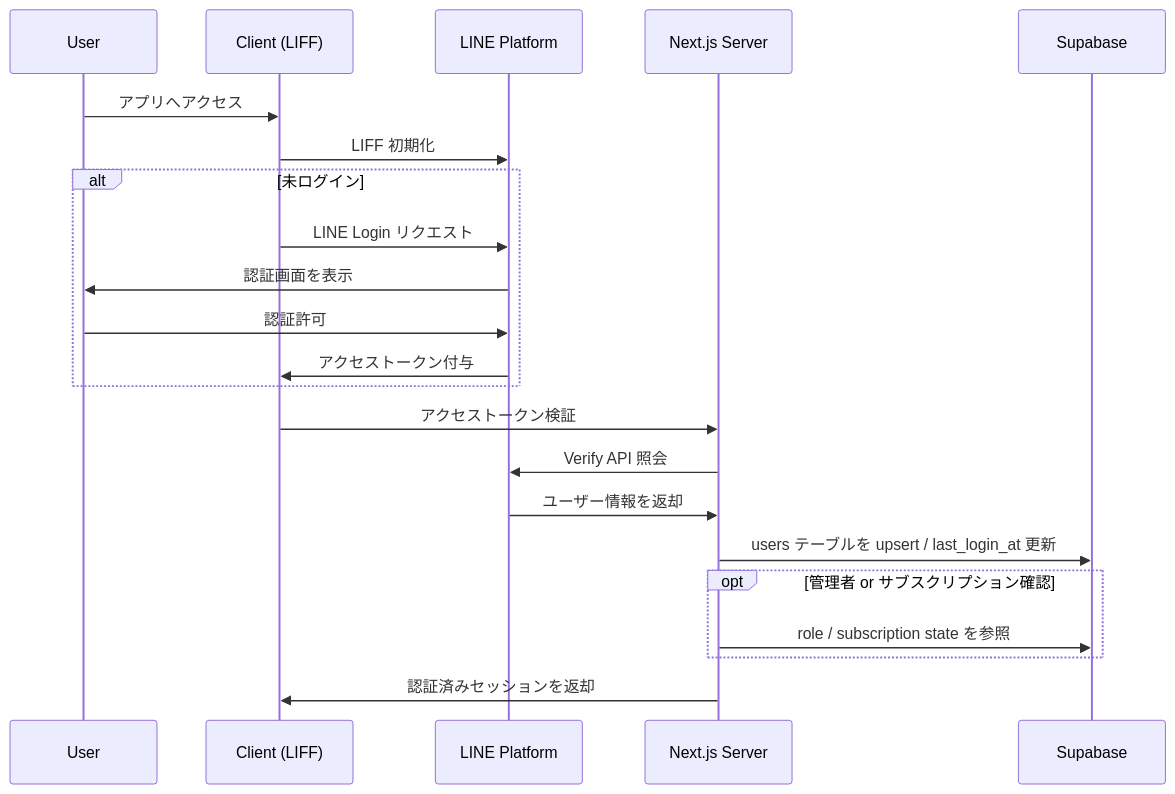
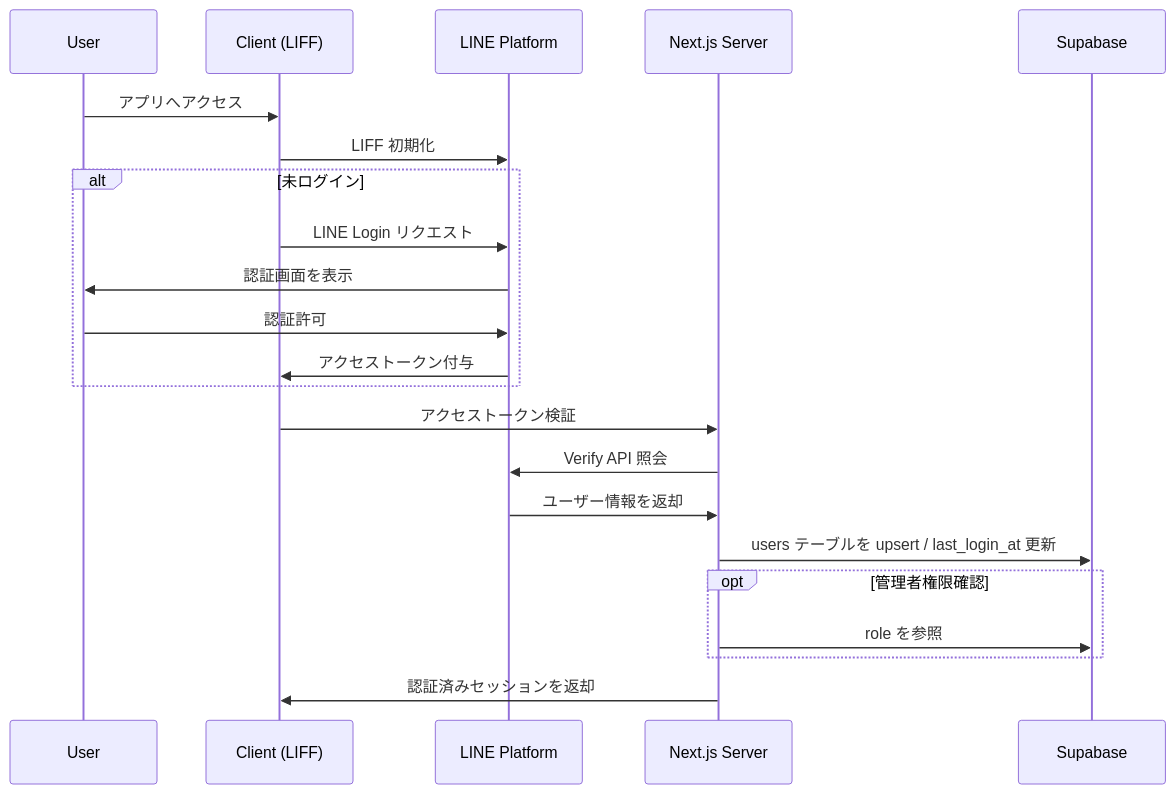
Before and after one commit to shoma-endo/GrowMate: the second of 5 diagrams in README.md, drawn with Mermaid. The commit also changed other lines of this file and 43 other files, not shown here.

````diff
--- a/README.md
+++ b/README.md
@@ -152,25 +148,25 @@
 ```mermaid
 sequenceDiagram
     participant U as User
     participant C as Client (LIFF)
     participant L as LINE Platform
     participant S as Next.js Server
     participant DB as Supabase
 
     U->>C: アプリへアクセス
     C->>L: LIFF 初期化
     alt 未ログイン
         C->>L: LINE Login リクエスト
         L->>U: 認証画面を表示
         U->>L: 認証許可
         L->>C: アクセストークン付与
     end
     C->>S: アクセストークン検証
     S->>L: Verify API 照会
     L->>S: ユーザー情報を返却
     S->>DB: users テーブルを upsert / last_login_at 更新
-    opt 管理者 or サブスクリプション確認
-        S->>DB: role / subscription state を参照
+    opt 管理者権限確認
+        S->>DB: role を参照
     end
     S->>C: 認証済みセッションを返却
 ```
````
